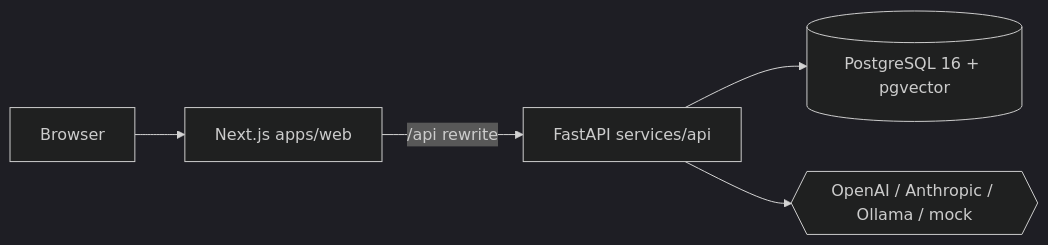
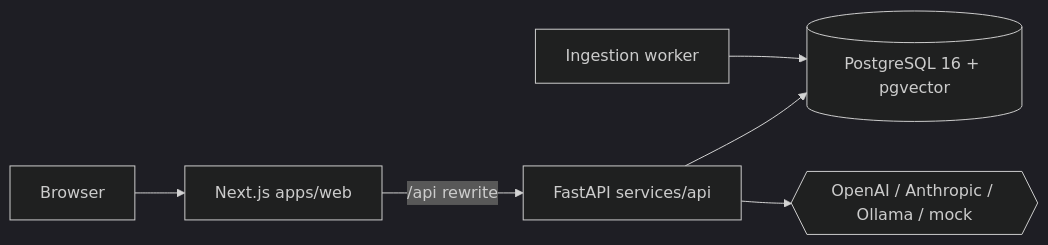
The diagram in README.md (danday-git/resolveAI), drawn with Mermaid (dark theme) before and after one commit. The commit also changed other lines of this file and 10 other files, not shown here.

````diff
--- a/README.md
+++ b/README.md
@@ -22,6 +33,7 @@
 ```mermaid
 flowchart LR
   B[Browser] --> W[Next.js apps/web] -->|/api rewrite| A[FastAPI services/api]
   A --> D[(PostgreSQL 16 + pgvector)]
+  K[Ingestion worker] --> D
   A --> L{{OpenAI / Anthropic / Ollama / mock}}
 ```
````
